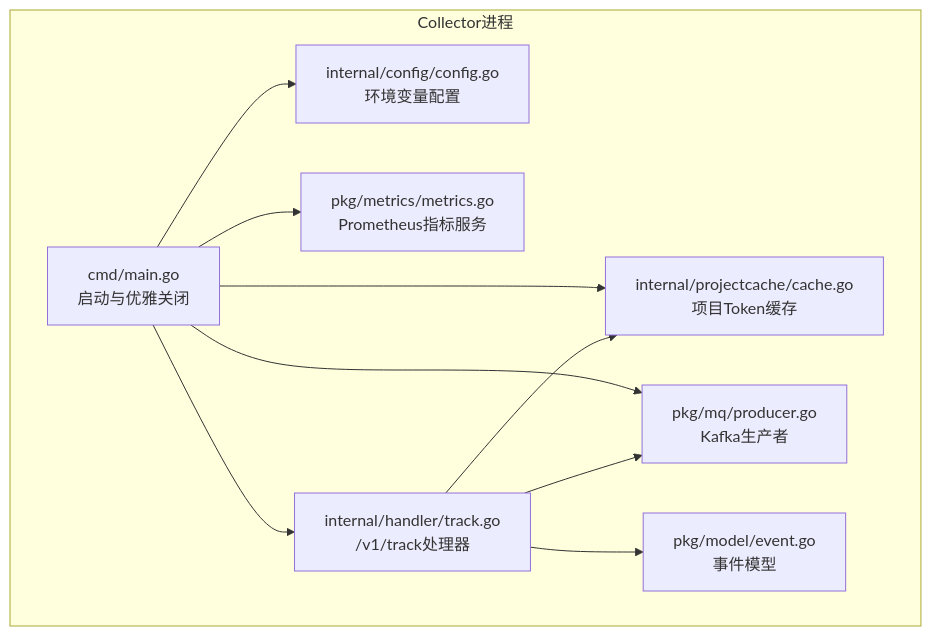
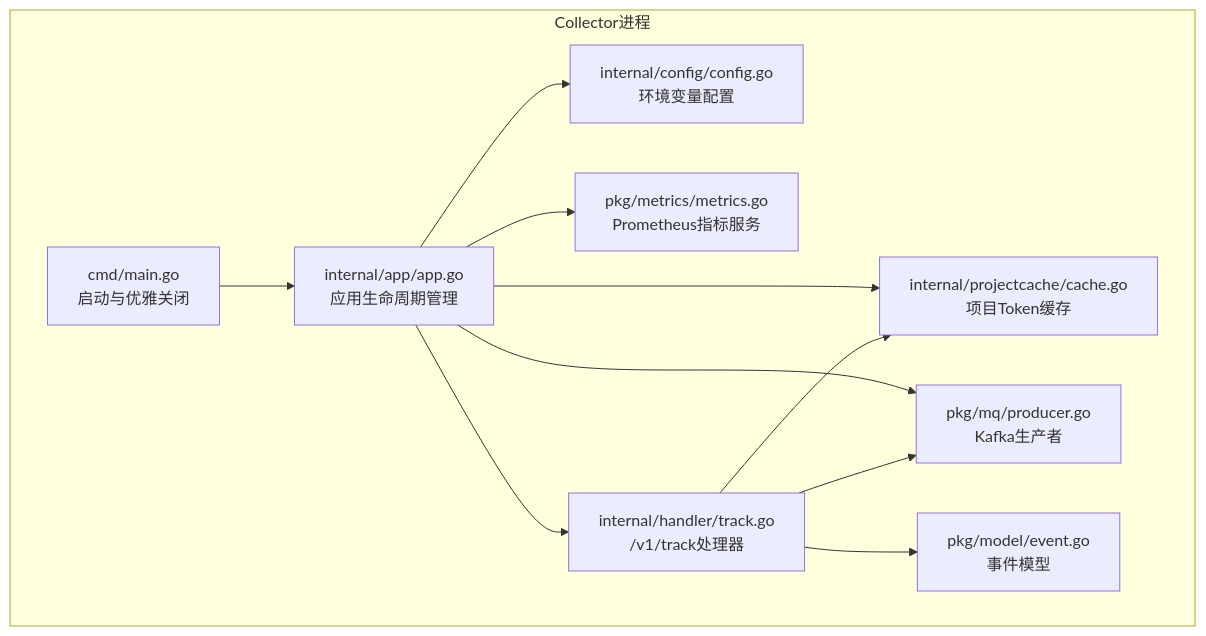
One commit to zhen-zhong/AeroLog changed the first of 6 diagrams in .qoder/repowiki/zh/content/后端服务架构/Collector服务.md. Above: the diagram before and after it, drawn with Mermaid. The commit also changed other lines of this file and 105 other files, not shown here.

````diff
--- a/.qoder/repowiki/zh/content/后端服务架构/Collector服务.md
+++ b/.qoder/repowiki/zh/content/后端服务架构/Collector服务.md
@@ -39,20 +41,22 @@
 ```mermaid
 graph TB
 subgraph "Collector进程"
 M["cmd/main.go<br/>启动与优雅关闭"]
+APP["internal/app/app.go<br/>应用生命周期管理"]
 CFG["internal/config/config.go<br/>环境变量配置"]
 TH["internal/handler/track.go<br/>/v1/track处理器"]
 PC["internal/projectcache/cache.go<br/>项目Token缓存"]
 MQ["pkg/mq/producer.go<br/>Kafka生产者"]
 MET["pkg/metrics/metrics.go<br/>Prometheus指标服务"]
 EV["pkg/model/event.go<br/>事件模型"]
 end
-M --> CFG
-M --> PC
-M --> MQ
-M --> MET
-M --> TH
+M --> APP
+APP --> CFG
+APP --> PC
+APP --> MQ
+APP --> MET
+APP --> TH
 TH --> PC
 TH --> MQ
 TH --> EV
 ```
````
